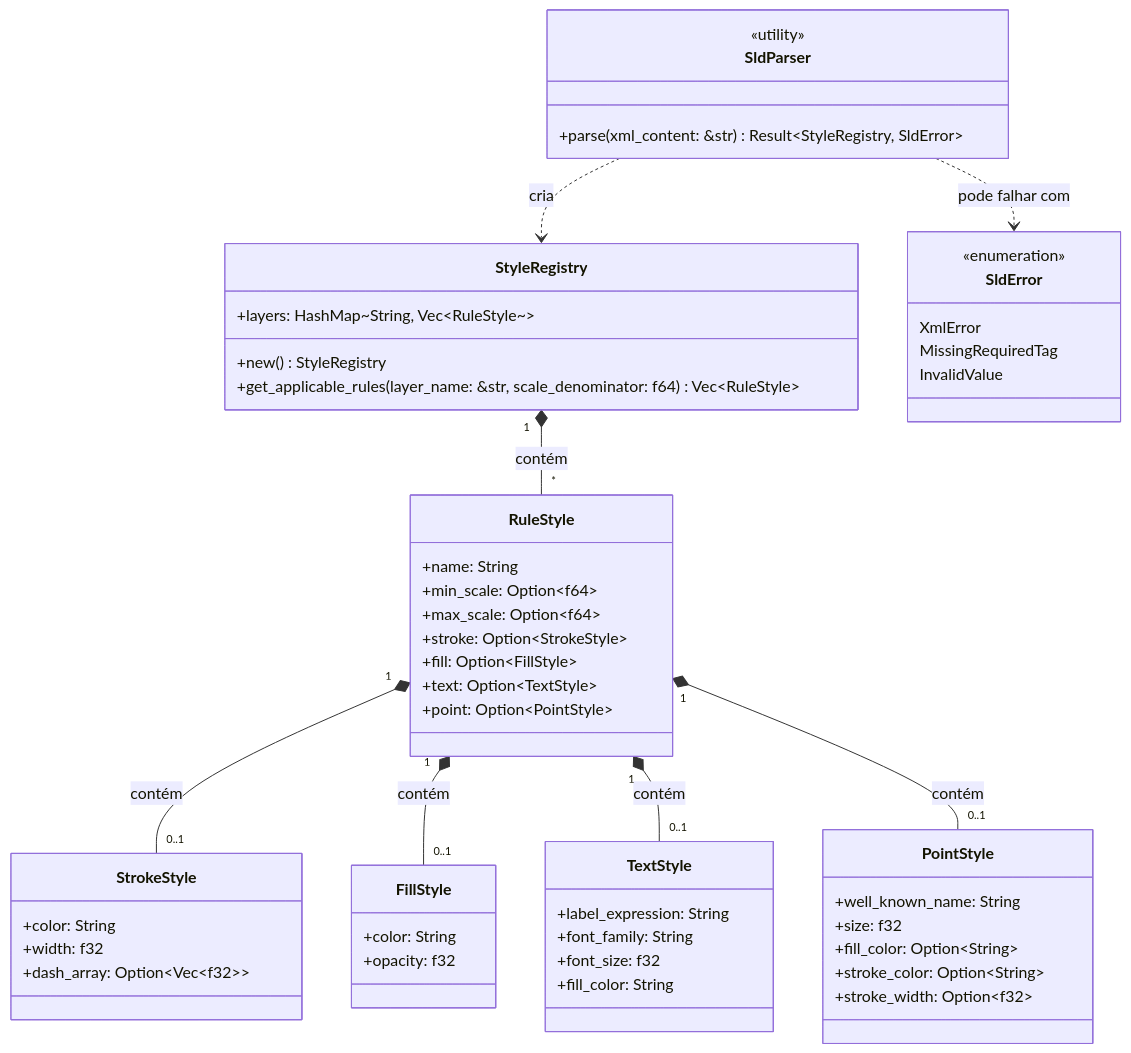
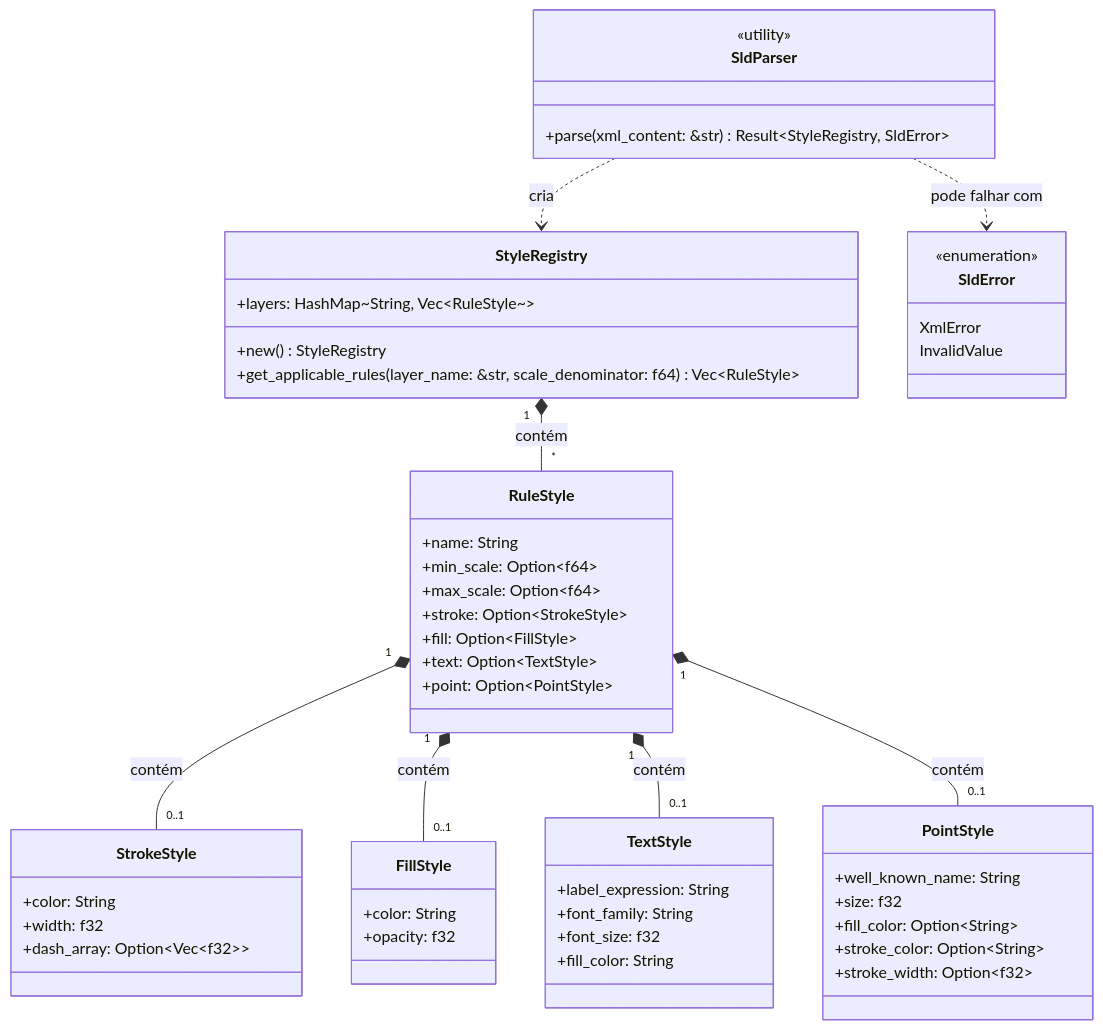
Before and after one commit to rodoni/olayer: the diagram in docs/core/sld/arch.md, drawn with Mermaid. The commit also changed 19 other files, not shown here.

````diff
--- a/docs/core/sld/arch.md
+++ b/docs/core/sld/arch.md
@@ -24,68 +24,67 @@
 ```mermaid
 classDiagram
     direction TB
 
     class StyleRegistry {
         +layers: HashMap~String, Vec~RuleStyle~~
         +new() StyleRegistry
         +get_applicable_rules(layer_name: &str, scale_denominator: f64) Vec~RuleStyle~
     }
 
     class RuleStyle {
         +name: String
         +min_scale: Option~f64~
         +max_scale: Option~f64~
         +stroke: Option~StrokeStyle~
         +fill: Option~FillStyle~
         +text: Option~TextStyle~
         +point: Option~PointStyle~
     }
 
     class StrokeStyle {
         +color: String
         +width: f32
         +dash_array: Option~Vec~f32~~
     }
 
     class FillStyle {
         +color: String
         +opacity: f32
     }
 
     class TextStyle {
         +label_expression: String
         +font_family: String
         +font_size: f32
         +fill_color: String
     }
 
     class PointStyle {
         +well_known_name: String
         +size: f32
         +fill_color: Option~String~
         +stroke_color: Option~String~
         +stroke_width: Option~f32~
     }
 
     %% Parser Facade
     class SldParser {
         <<utility>>
         +parse(xml_content: &str) Result~StyleRegistry, SldError~
     }
 
     %% Erro do Mapeamento
     class SldError {
         <<enumeration>>
         XmlError
-        MissingRequiredTag
         InvalidValue
     }
 
     SldParser ..> StyleRegistry : cria
     SldParser ..> SldError : pode falhar com
     StyleRegistry "1" *-- "*" RuleStyle : contém
     RuleStyle "1" *-- "0..1" StrokeStyle : contém
     RuleStyle "1" *-- "0..1" FillStyle : contém
     RuleStyle "1" *-- "0..1" TextStyle : contém
     RuleStyle "1" *-- "0..1" PointStyle : contém
 ```
````
